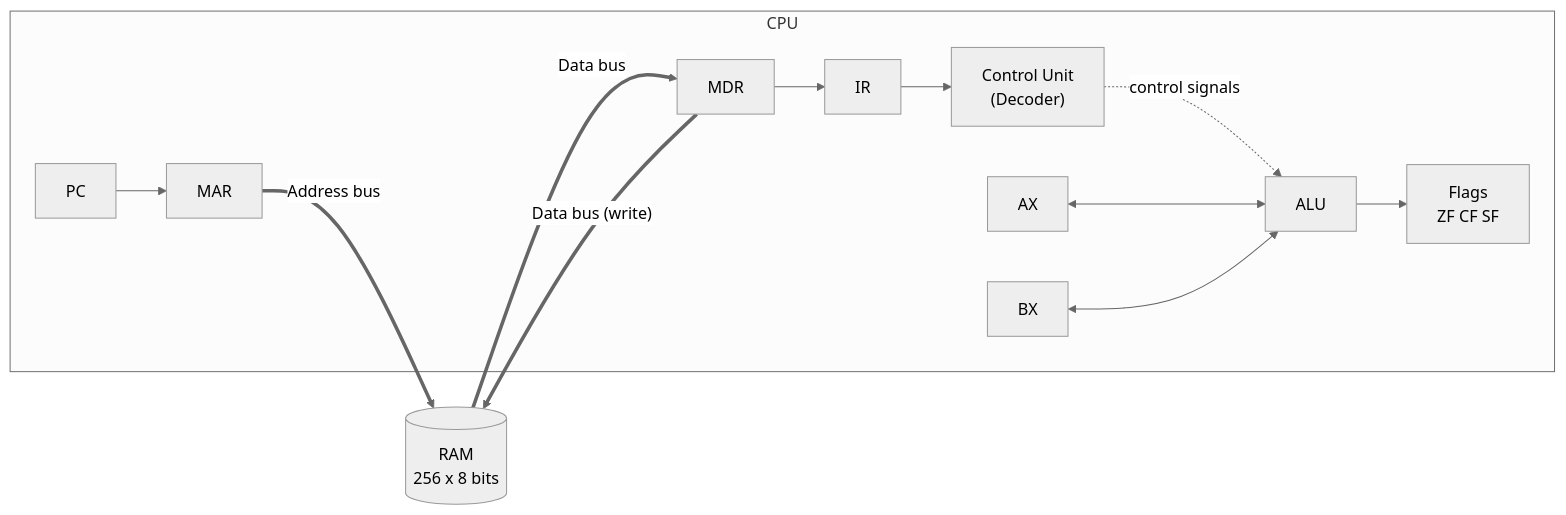
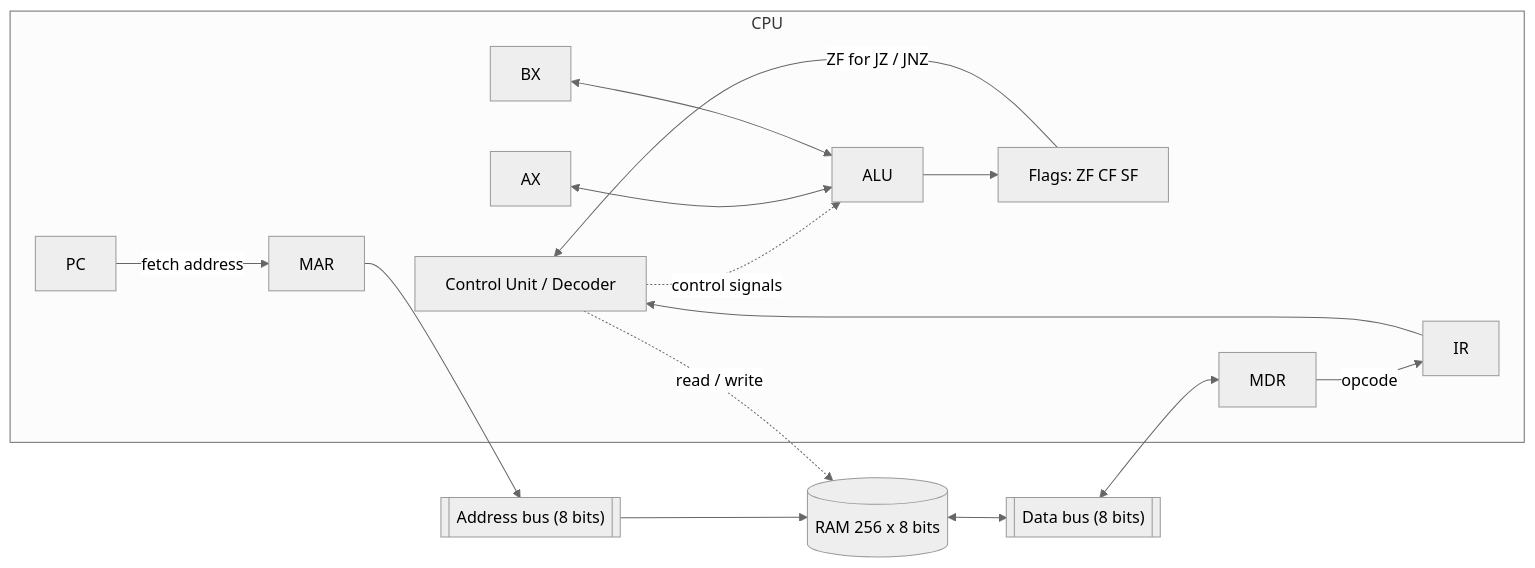
The diagram in Readme.md (JusselAvila/8bit-cpu-onlyoffice-simulator), drawn with Mermaid (neutral theme) before and after one commit. The commit also changed other lines of this file and 28 other files, not shown here.

````diff
--- a/Readme.md
+++ b/Readme.md
@@ -29,27 +37,31 @@
 ```mermaid
 flowchart LR
-    subgraph CPU
-        CU["Control Unit<br/>(Decoder)"]
+    subgraph CPU["CPU"]
+        CU["Control Unit / Decoder"]
         PC["PC"]
         IR["IR"]
         MAR["MAR"]
         MDR["MDR"]
         AX["AX"]
         BX["BX"]
         ALU["ALU"]
-        FLAGS["Flags<br/>ZF CF SF"]
+        FLAGS["Flags: ZF CF SF"]
     end
-    RAM[("RAM<br/>256 x 8 bits")]
+    ABUS[["Address bus (8 bits)"]]
+    DBUS[["Data bus (8 bits)"]]
+    RAM[("RAM 256 x 8 bits")]
 
-    PC --> MAR
-    MDR --> IR
+    PC -->|"fetch address"| MAR
+    MDR -->|"opcode"| IR
     IR --> CU
-    CU -. control signals .-> ALU
+    CU -.->|"control signals"| ALU
+    CU -.->|"read / write"| RAM
     AX <--> ALU
     BX <--> ALU
     ALU --> FLAGS
-    MAR == "Address bus" ==> RAM
-    RAM == "Data bus" ==> MDR
-    MDR == "Data bus (write)" ==> RAM
-
+    FLAGS -->|"ZF for JZ / JNZ"| CU
+    MAR --> ABUS
+    ABUS --> RAM
+    RAM <--> DBUS
+    DBUS <--> MDR
 ```
````
